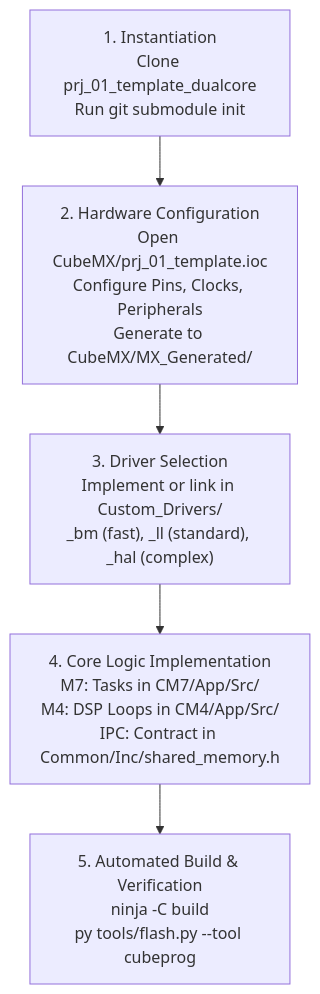
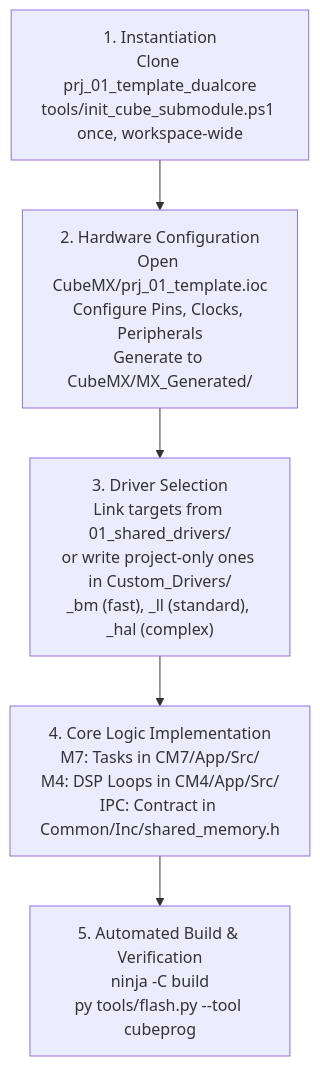
The diagram in README.md (hrodriguez06/forcelab-stm32h755-dualcore-workspace), drawn with Mermaid before and after one commit. The commit also changed other lines of this file and 8 other files, not shown here.

````diff
--- a/README.md
+++ b/README.md
@@ -399,10 +405,10 @@
 ```mermaid
 flowchart TD
-    S1["1. Instantiation<br/>Clone prj_01_template_dualcore<br/>Run git submodule init"]
+    S1["1. Instantiation<br/>Clone prj_01_template_dualcore<br/>tools/init_cube_submodule.ps1 once, workspace-wide"]
     S2["2. Hardware Configuration<br/>Open CubeMX/prj_01_template.ioc<br/>Configure Pins, Clocks, Peripherals<br/>Generate to CubeMX/MX_Generated/"]
-    S3["3. Driver Selection<br/>Implement or link in Custom_Drivers/<br/>_bm (fast), _ll (standard), _hal (complex)"]
+    S3["3. Driver Selection<br/>Link targets from 01_shared_drivers/<br/>or write project-only ones in Custom_Drivers/<br/>_bm (fast), _ll (standard), _hal (complex)"]
     S4["4. Core Logic Implementation<br/>M7: Tasks in CM7/App/Src/<br/>M4: DSP Loops in CM4/App/Src/<br/>IPC: Contract in Common/Inc/shared_memory.h"]
     S5["5. Automated Build & Verification<br/>ninja -C build<br/>py tools/flash.py --tool cubeprog"]
 
     S1 --> S2 --> S3 --> S4 --> S5
 ```
````
